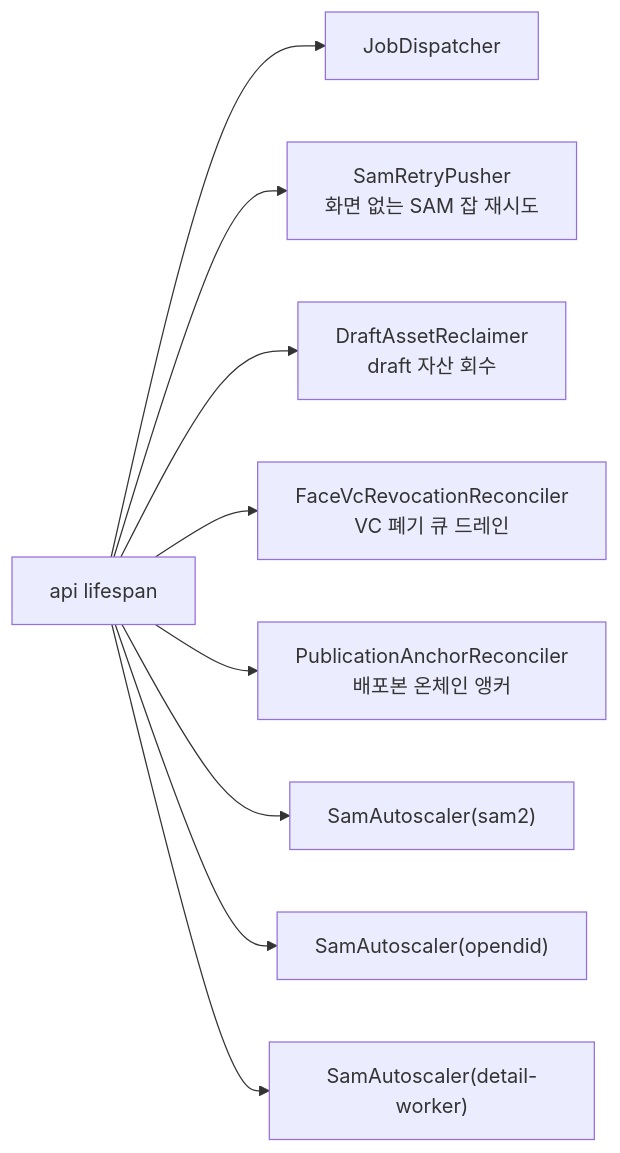
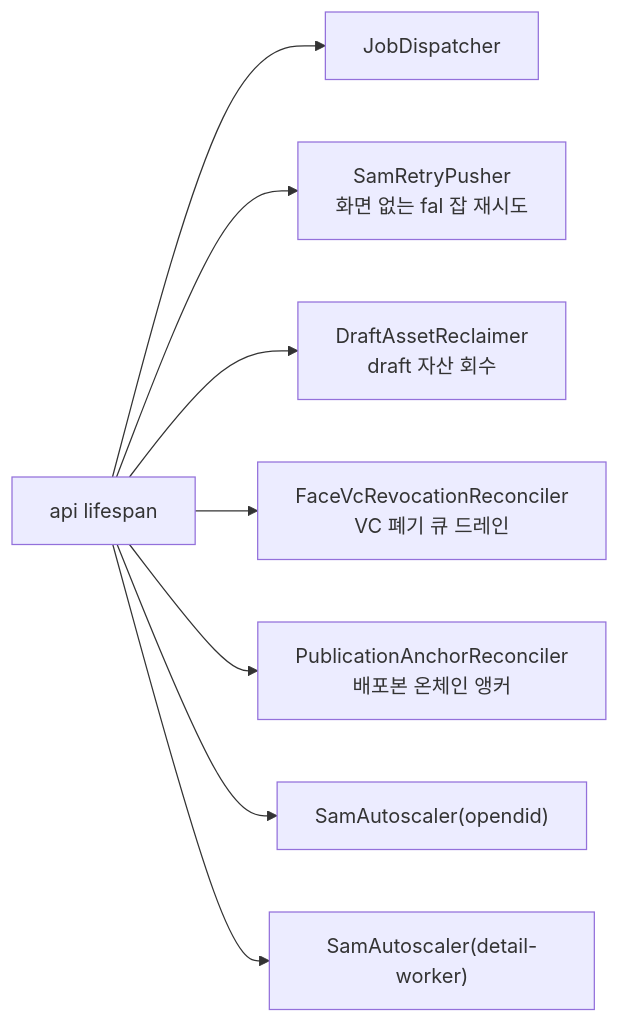
The sixth of 15 diagrams in docs/ARCHITECTURE.md (1L-SANG/wearless_studio), drawn with Mermaid before and after one commit. The commit also changed other lines of this file and 83 other files, not shown here.

````diff
--- a/docs/ARCHITECTURE.md
+++ b/docs/ARCHITECTURE.md
@@ -305,11 +303,10 @@
 ```mermaid
 graph LR
   L["api lifespan"] --> D1["JobDispatcher"]
-  L --> D2["SamRetryPusher<br/>화면 없는 SAM 잡 재시도"]
+  L --> D2["SamRetryPusher<br/>화면 없는 fal 잡 재시도"]
   L --> D3["DraftAssetReclaimer<br/>draft 자산 회수"]
   L --> D4["FaceVcRevocationReconciler<br/>VC 폐기 큐 드레인"]
   L --> D5["PublicationAnchorReconciler<br/>배포본 온체인 앵커"]
-  L --> D6["SamAutoscaler(sam2)"]
   L --> D7["SamAutoscaler(opendid)"]
   L --> D8["SamAutoscaler(detail-worker)"]
 ```
````
